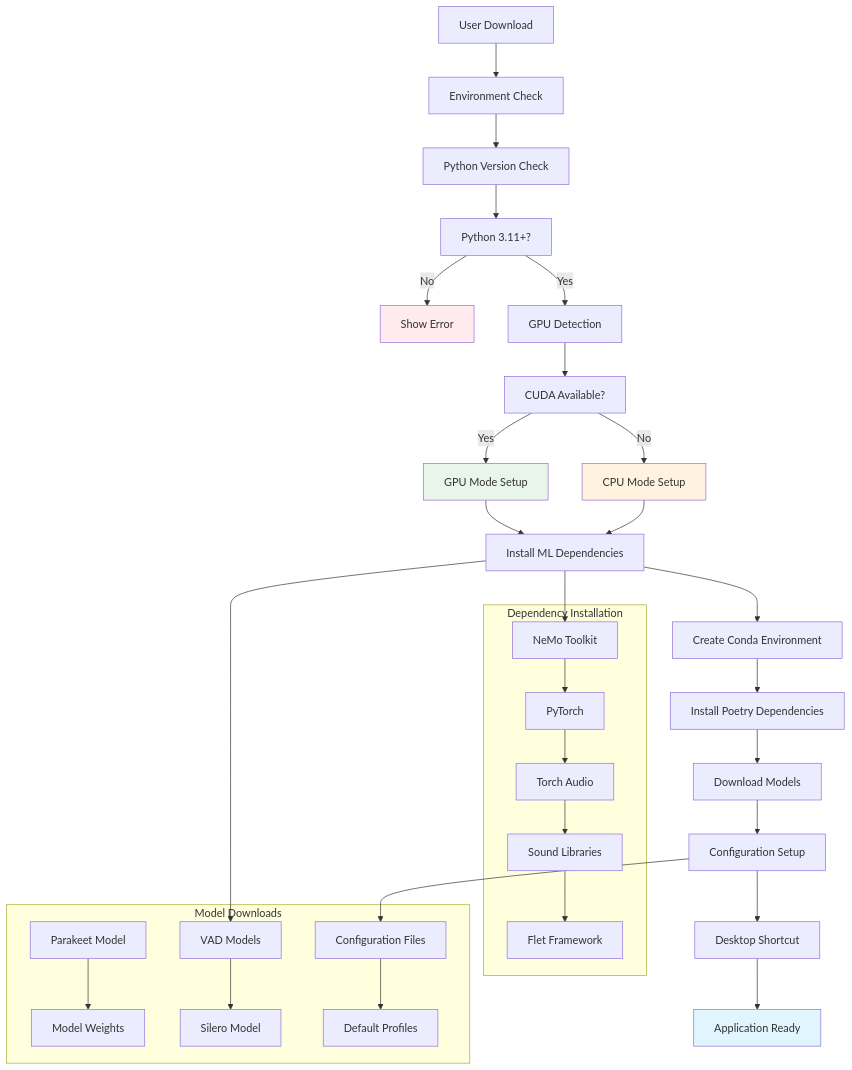
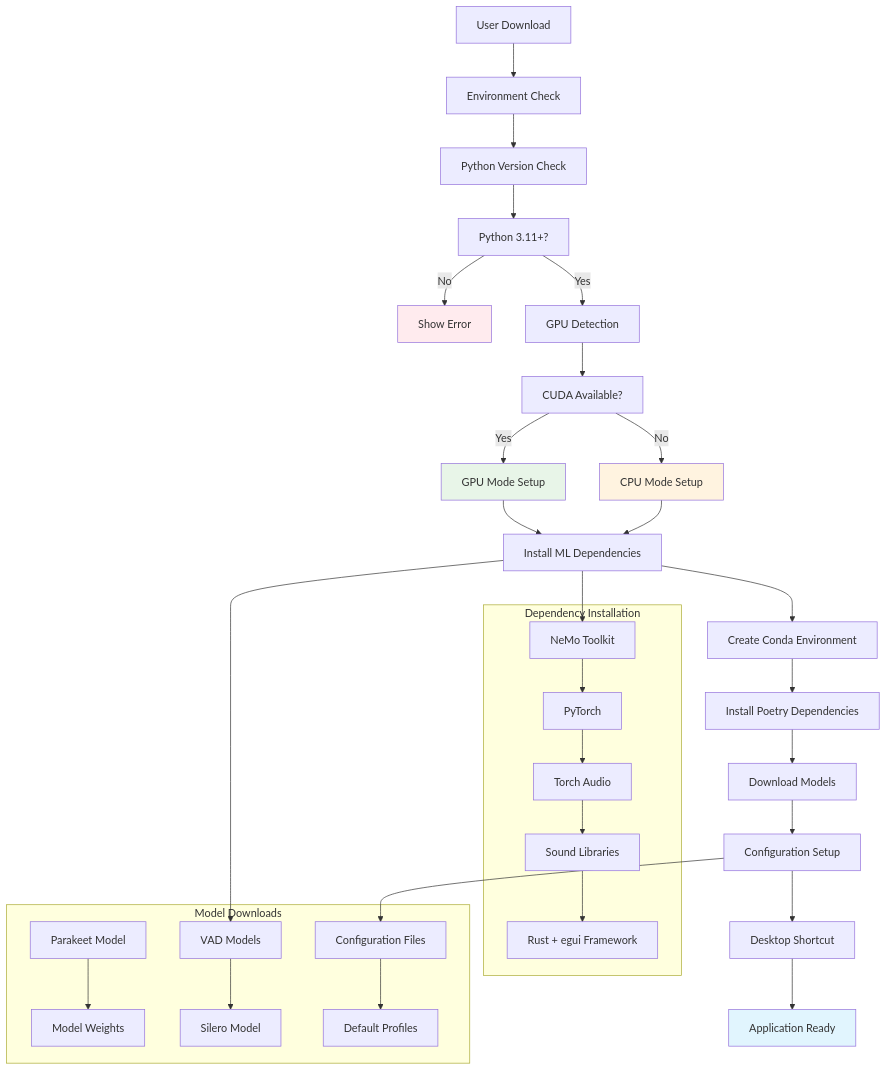
Before and after one commit to Coldaine/PersonalParakeet: the tenth of 10 diagrams in docs/analysis/system_architecture_diagram.md, drawn with Mermaid. The commit also changed other lines of this file and 1323 other files, not shown here.

````diff
--- a/docs/analysis/system_architecture_diagram.md
+++ b/docs/analysis/system_architecture_diagram.md
@@ -457,45 +457,45 @@
 ```mermaid
 graph TD
     A[User Download] --> B[Environment Check]
     B --> C[Python Version Check]
     C --> D[Python 3.11+?]
     
     D -->|No| E[Show Error]
     D -->|Yes| F[GPU Detection]
     
     F --> G[CUDA Available?]
     G -->|Yes| H[GPU Mode Setup]
     G -->|No| I[CPU Mode Setup]
     
     H --> J[Install ML Dependencies]
     I --> J
     
     J --> K[Create Conda Environment]
     K --> L[Install Poetry Dependencies]
     L --> M[Download Models]
     M --> N[Configuration Setup]
     N --> O[Desktop Shortcut]
     O --> P[Application Ready]
     
     subgraph "Dependency Installation"
         Q[NeMo Toolkit] --> R[PyTorch]
         R --> S[Torch Audio]
         S --> T[Sound Libraries]
-        T --> U[Flet Framework]
+        T --> U[Rust + egui Framework]
     end
     
     subgraph "Model Downloads"
         V[Parakeet Model] --> W[Model Weights]
         X[VAD Models] --> Y[Silero Model]
         Z[Configuration Files] --> AA[Default Profiles]
     end
     
     J --> Q
     J --> X
     N --> Z
     
     style E fill:#ffebee
     style H fill:#e8f5e8
     style I fill:#fff3e0
     style P fill:#e1f5fe
 ```
````
